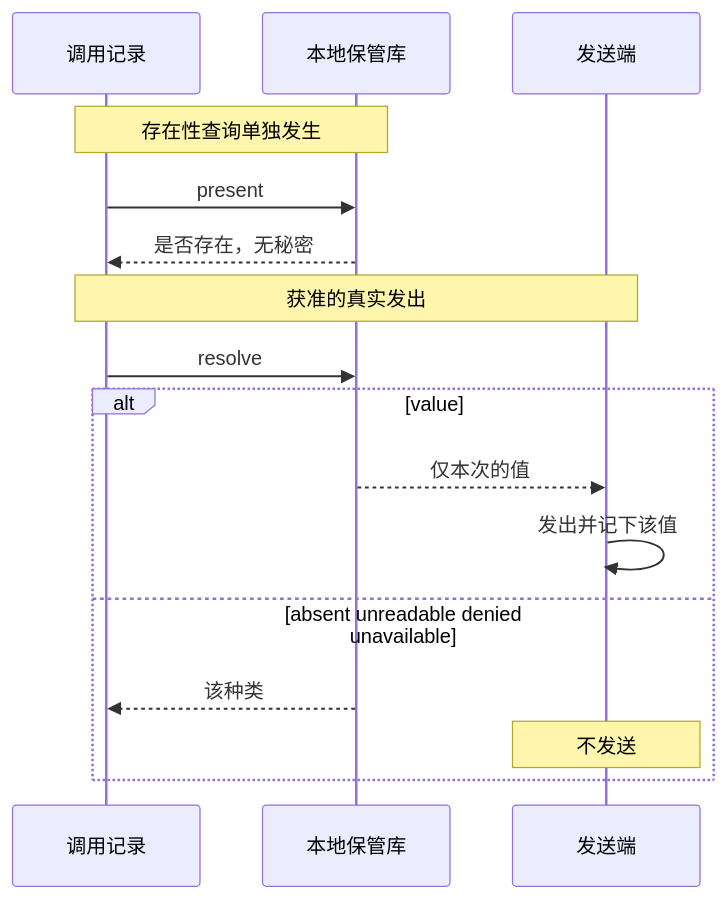
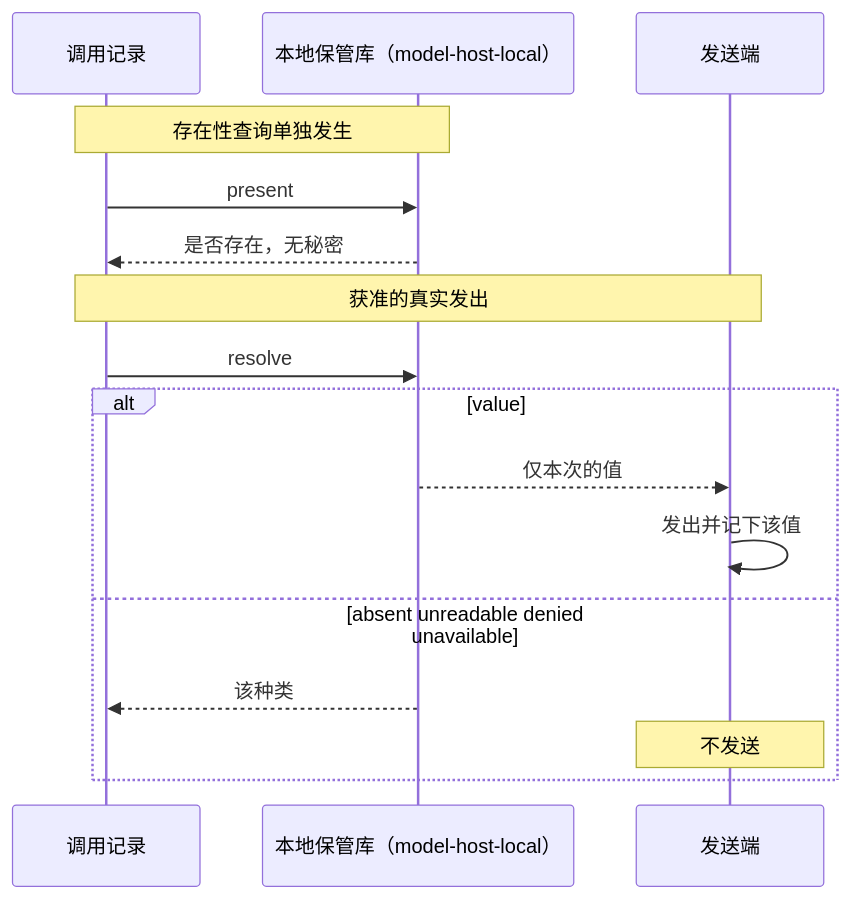
Before and after one commit to nemori-ai/omne-harness-lite: diagram 16 of 16 in packages/model/model/docs/flows.md, drawn with Mermaid. The commit also changed 15 other files, not shown here.

First line of the commit message:
docs(model): 本地凭据保管迁到 model-host-local 的现状

````diff
--- a/packages/model/model/docs/flows.md
+++ b/packages/model/model/docs/flows.md
@@ -658,18 +658,18 @@
 ```mermaid
 sequenceDiagram
   participant Call as 调用记录
-  participant Keep as 本地保管库
+  participant Keep as 本地保管库（model-host-local）
   participant Send as 发送端
   Note over Call,Keep: 存在性查询单独发生
   Call->>Keep: present
   Keep-->>Call: 是否存在，无秘密
   Note over Call,Send: 获准的真实发出
   Call->>Keep: resolve
   alt value
     Keep-->>Send: 仅本次的值
     Send->>Send: 发出并记下该值
   else absent unreadable denied unavailable
     Keep-->>Call: 该种类
     Note over Send: 不发送
   end
 ```
````
